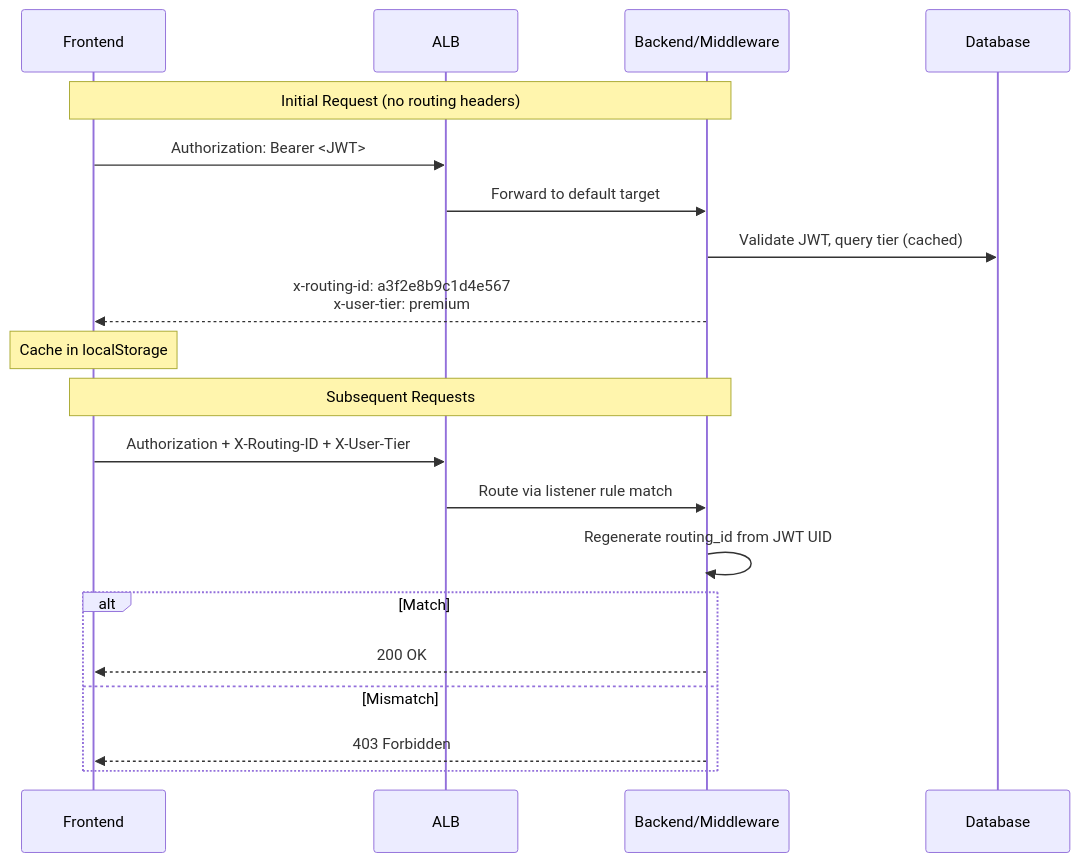
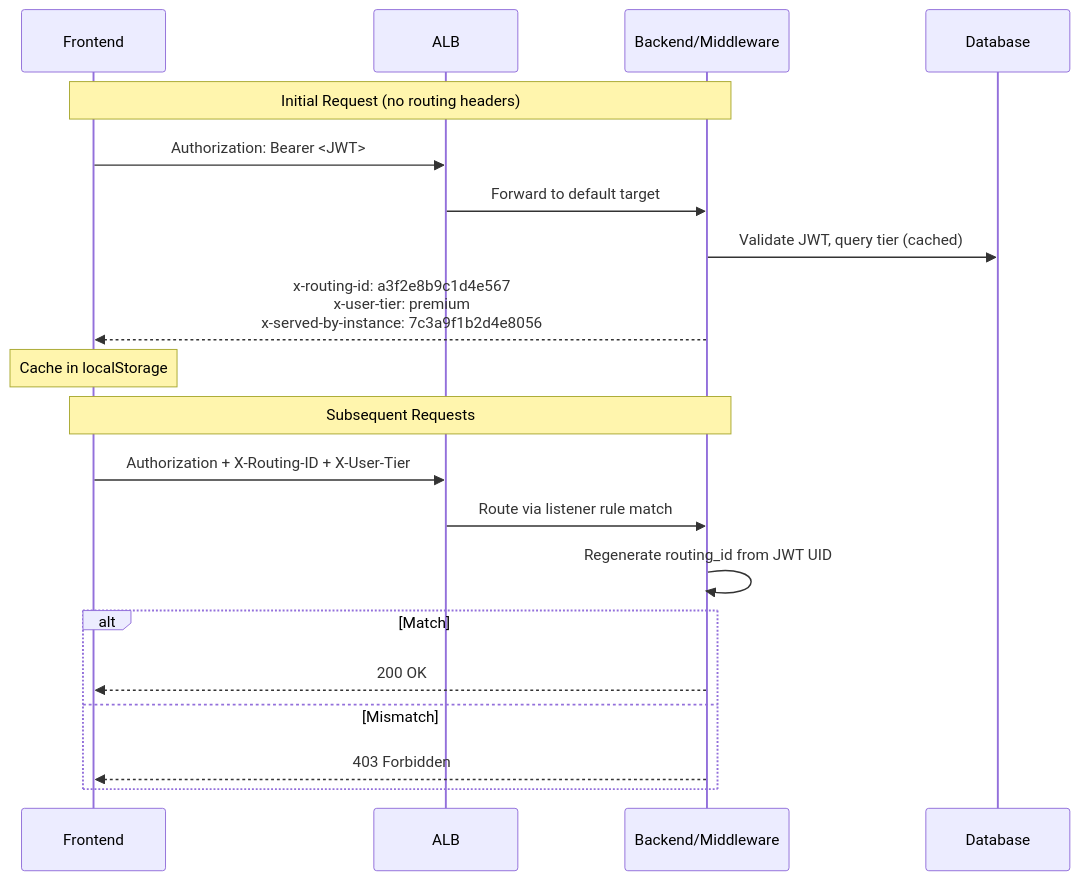
One commit to arayabrain/araya-optinist changed the diagram in infrastructure/documentation/ALB_ROUTING_ARCHITECTURE.md. Above: the diagram before and after it, drawn with Mermaid. The commit also changed other lines of this file and 14 other files, not shown here.

````diff
--- a/infrastructure/documentation/ALB_ROUTING_ARCHITECTURE.md
+++ b/infrastructure/documentation/ALB_ROUTING_ARCHITECTURE.md
@@ -40,25 +41,25 @@
 ```mermaid
 sequenceDiagram
     participant Client as Frontend
     participant ALB as ALB
     participant Backend as Backend/Middleware
     participant DB as Database
 
     Note over Client,Backend: Initial Request (no routing headers)
     Client->>ALB: Authorization: Bearer <JWT>
     ALB->>Backend: Forward to default target
     Backend->>DB: Validate JWT, query tier (cached)
-    Backend-->>Client: x-routing-id: a3f2e8b9c1d4e567<br/>x-user-tier: premium
+    Backend-->>Client: x-routing-id: a3f2e8b9c1d4e567<br/>x-user-tier: premium<br/>x-served-by-instance: 7c3a9f1b2d4e8056
 
     Note over Client: Cache in localStorage
 
     Note over Client,Backend: Subsequent Requests
     Client->>ALB: Authorization + X-Routing-ID + X-User-Tier
     ALB->>Backend: Route via listener rule match
     Backend->>Backend: Regenerate routing_id from JWT UID
     alt Match
         Backend-->>Client: 200 OK
     else Mismatch
         Backend-->>Client: 403 Forbidden
     end
 ```
````
